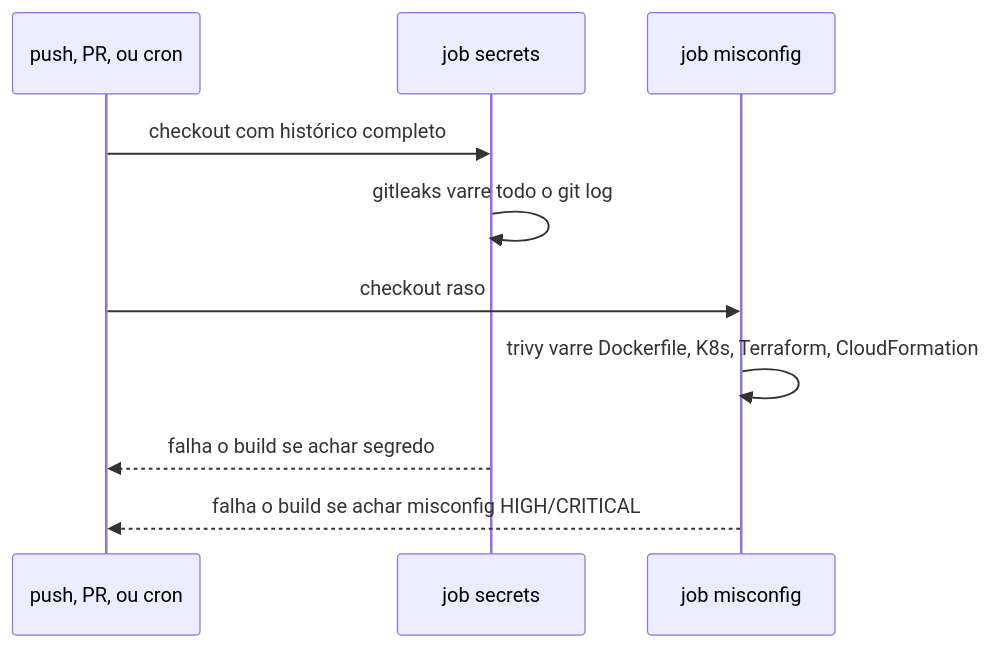
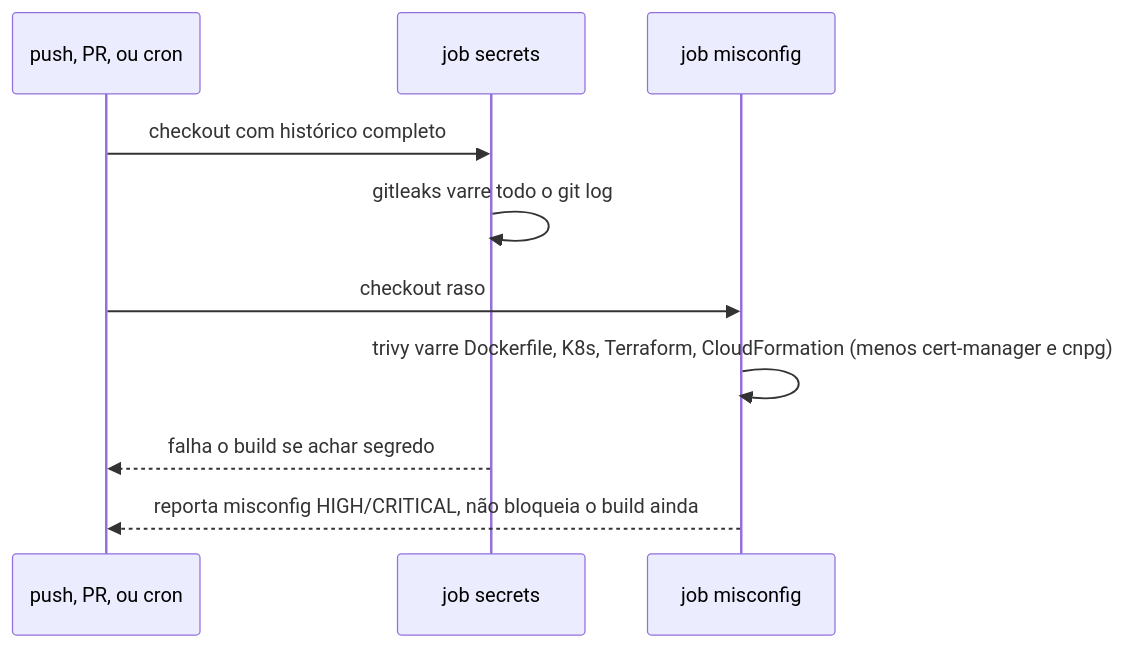
One commit to ladesa-ro/infrastructure changed diagram 11 of 13 in docs/operacao/desenvolvimento.md. Above: the diagram before and after it, drawn with Mermaid. The commit also changed other lines of this file and 3 other files, not shown here.

````diff
--- a/docs/operacao/desenvolvimento.md
+++ b/docs/operacao/desenvolvimento.md
@@ -265,13 +281,13 @@
 ```mermaid
 sequenceDiagram
     participant Gatilho as push, PR, ou cron
     participant Secrets as job secrets
     participant Misconfig as job misconfig
 
     Gatilho->>Secrets: checkout com histórico completo
     Secrets->>Secrets: gitleaks varre todo o git log
     Gatilho->>Misconfig: checkout raso
-    Misconfig->>Misconfig: trivy varre Dockerfile, K8s, Terraform, CloudFormation
+    Misconfig->>Misconfig: trivy varre Dockerfile, K8s, Terraform, CloudFormation (menos cert-manager e cnpg)
     Secrets-->>Gatilho: falha o build se achar segredo
-    Misconfig-->>Gatilho: falha o build se achar misconfig HIGH/CRITICAL
+    Misconfig-->>Gatilho: reporta misconfig HIGH/CRITICAL, não bloqueia o build ainda
 ```
````
